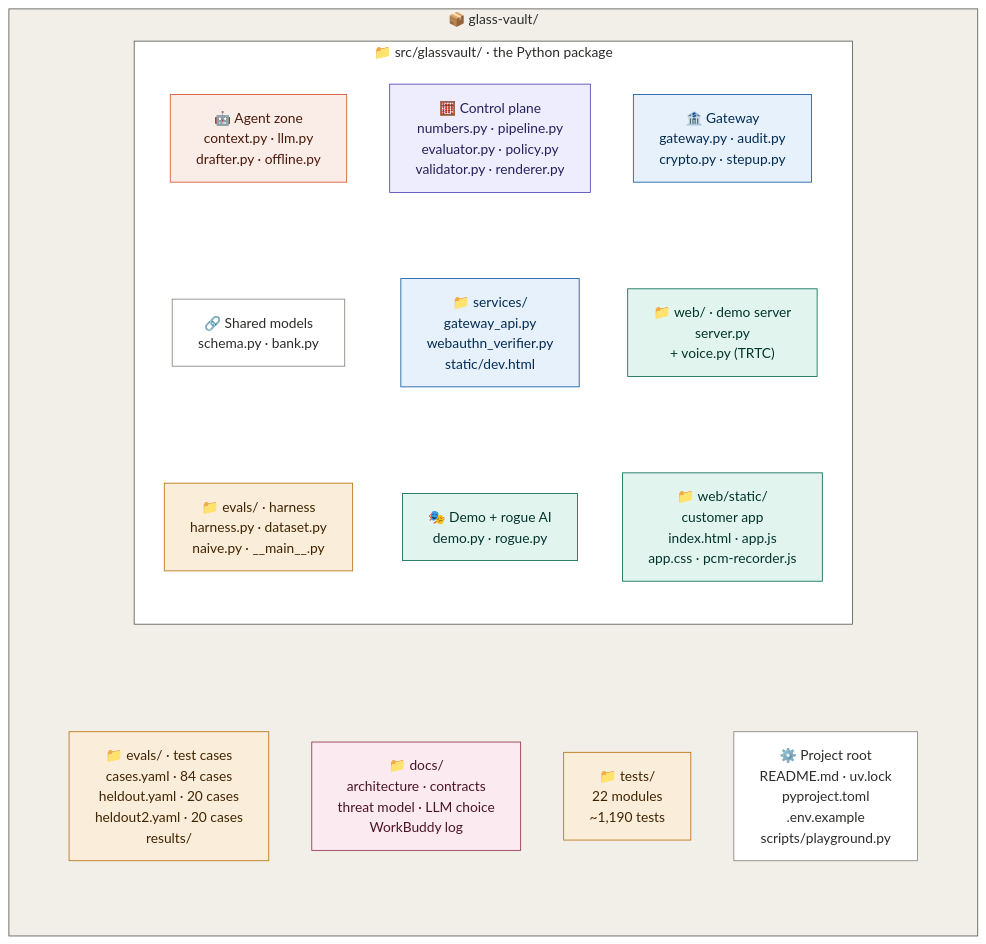
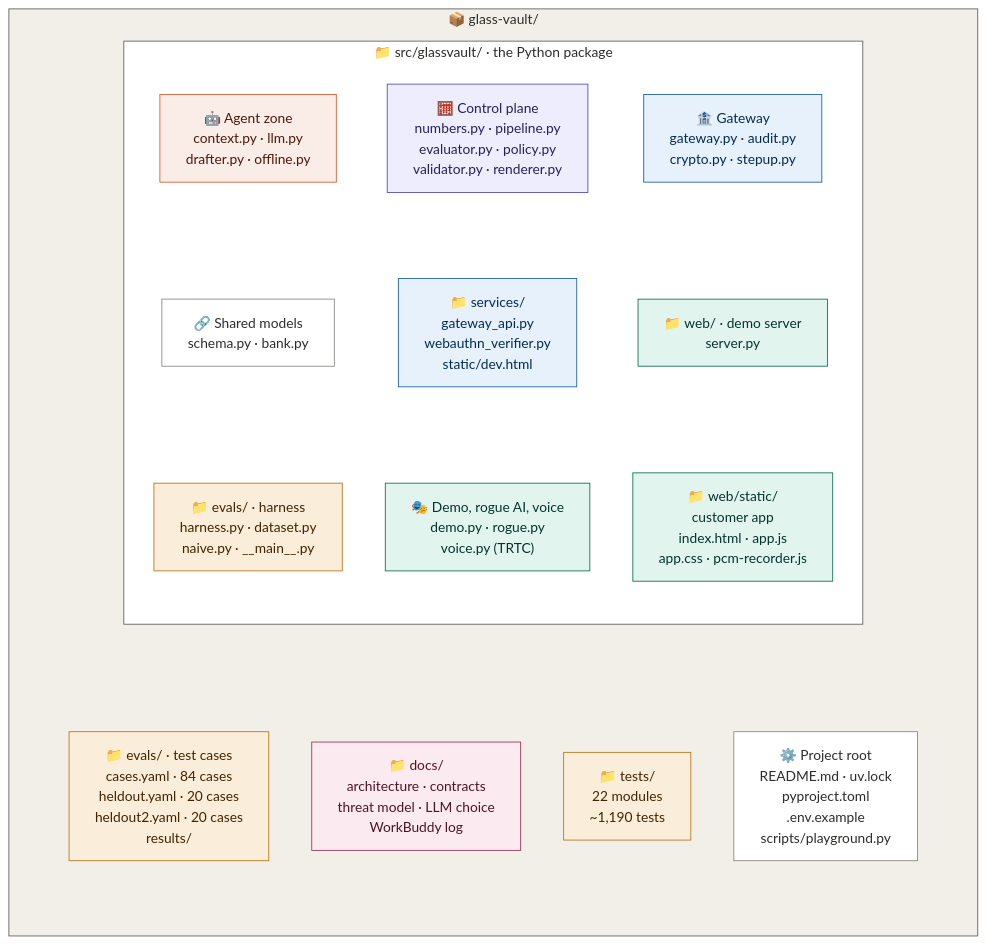
Before and after one commit to Luo-Z-Y/glass-vault: the second of 2 diagrams in docs/ARCHITECTURE.md, drawn with Mermaid.

Commit message:
Codebase map: voice.py sits at the package root, with the demo modules

````diff
--- a/docs/ARCHITECTURE.md
+++ b/docs/ARCHITECTURE.md
@@ -114,47 +114,47 @@
 ```mermaid
 flowchart TB
     subgraph repo["📦 glass-vault/"]
         direction TB
         subgraph pkg["📁 src/glassvault/ · the Python package"]
             direction TB
             g_agent["🤖 Agent zone<br/>context.py · llm.py<br/>drafter.py · offline.py"]
             g_control["🧮 Control plane<br/>numbers.py · pipeline.py<br/>evaluator.py · policy.py<br/>validator.py · renderer.py"]
             g_gateway["🏦 Gateway<br/>gateway.py · audit.py<br/>crypto.py · stepup.py"]
             g_shared["🔗 Shared models<br/>schema.py · bank.py"]
             g_services["📁 services/<br/>gateway_api.py<br/>webauthn_verifier.py<br/>static/dev.html"]
-            g_web["📁 web/ · demo server<br/>server.py<br/>+ voice.py (TRTC)"]
+            g_web["📁 web/ · demo server<br/>server.py"]
             g_static["📁 web/static/<br/>customer app<br/>index.html · app.js<br/>app.css · pcm-recorder.js"]
             g_evals["📁 evals/ · harness<br/>harness.py · dataset.py<br/>naive.py · __main__.py"]
-            g_demo["🎭 Demo + rogue AI<br/>demo.py · rogue.py"]
+            g_demo["🎭 Demo, rogue AI, voice<br/>demo.py · rogue.py<br/>voice.py (TRTC)"]
             g_agent ~~~ g_shared ~~~ g_evals
             g_control ~~~ g_services ~~~ g_demo
             g_gateway ~~~ g_web ~~~ g_static
         end
         subgraph rest[" "]
             direction TB
             r_evals["📁 evals/ · test cases<br/>cases.yaml · 84 cases<br/>heldout.yaml · 20 cases<br/>heldout2.yaml · 20 cases<br/>results/"]
             r_docs["📁 docs/<br/>architecture · contracts<br/>threat model · LLM choice<br/>WorkBuddy log"]
             r_tests["📁 tests/<br/>22 modules<br/>~1,190 tests"]
             r_project["⚙️ Project root<br/>README.md · uv.lock<br/>pyproject.toml<br/>.env.example<br/>scripts/playground.py"]
         end
         pkg ~~~ rest
     end
 
     classDef shared fill:#FFFFFF,stroke:#888780,color:#2C2C2A
     classDef agentN fill:#FAECE7,stroke:#D85A30,color:#4A1B0C
     classDef controlN fill:#EEEDFE,stroke:#534AB7,color:#26215C
     classDef gatewayN fill:#E6F1FB,stroke:#185FA5,color:#042C53
     classDef demoN fill:#E1F5EE,stroke:#0F6E56,color:#04342C
     classDef testN fill:#FAEEDA,stroke:#BA7517,color:#412402
     classDef docN fill:#FBEAF0,stroke:#993556,color:#4B1528
     class g_shared,r_project shared
     class g_agent agentN
     class g_control controlN
     class g_gateway,g_services gatewayN
     class g_web,g_static,g_demo demoN
     class g_evals,r_evals,r_tests testN
     class r_docs docN
     style repo fill:#F1EFE8,stroke:#5F5E5A,color:#2C2C2A
     style pkg fill:#FFFFFF,stroke:#5F5E5A,color:#2C2C2A
     style rest fill:none,stroke:none
 ```
````
